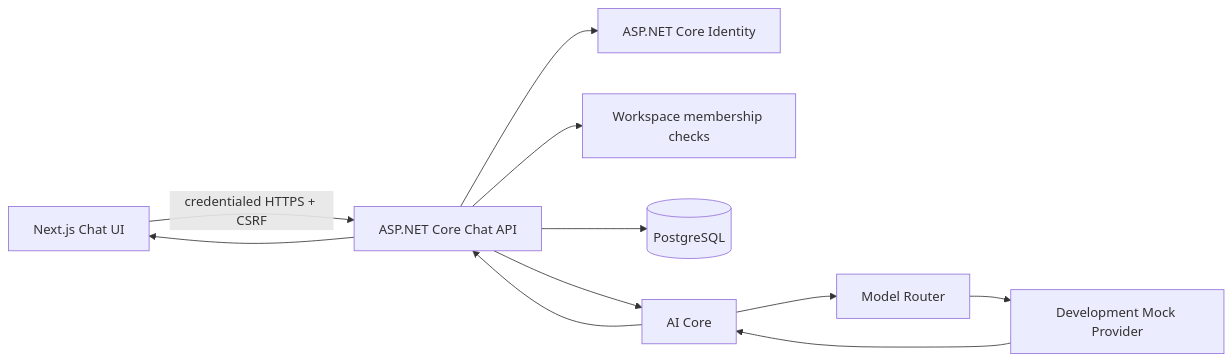
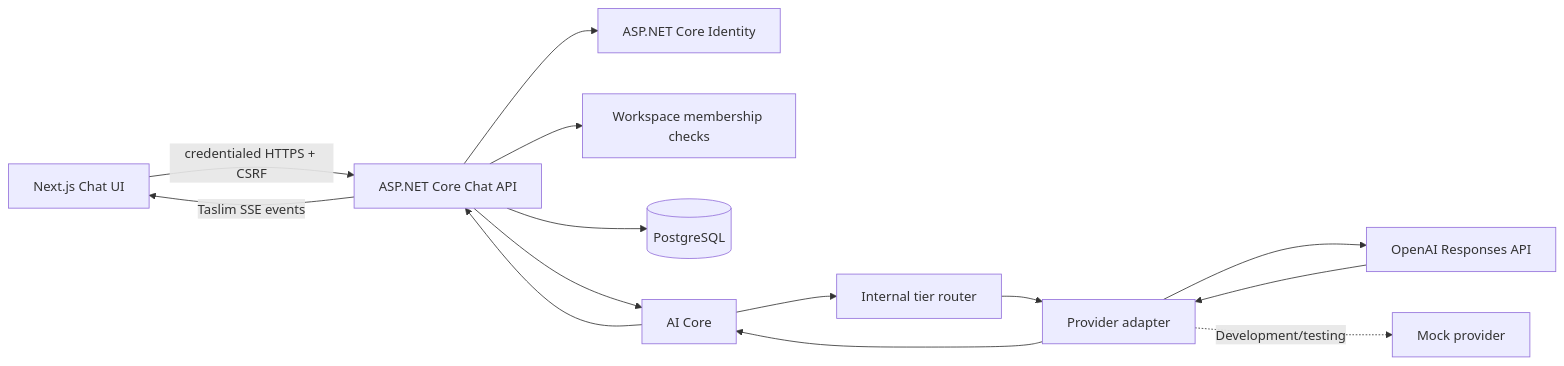
Before and after one commit to rebin2002/TaslimAI: the diagram in docs/CHAT_ARCHITECTURE.md, drawn with Mermaid. The commit also changed other lines of this file and 23 other files, not shown here.

````diff
--- a/docs/CHAT_ARCHITECTURE.md
+++ b/docs/CHAT_ARCHITECTURE.md
@@ -7,13 +7,16 @@
 ```mermaid
 flowchart LR
     Browser[Next.js Chat UI] -->|credentialed HTTPS + CSRF| API[ASP.NET Core Chat API]
     API --> Auth[ASP.NET Core Identity]
     API --> Access[Workspace membership checks]
     API --> DB[(PostgreSQL)]
     API --> Core[AI Core]
-    Core --> Router[Model Router]
-    Router --> Mock[Development Mock Provider]
-    Mock --> Core
+    Core --> Router[Internal tier router]
+    Router --> Adapter[Provider adapter]
+    Adapter --> OpenAI[OpenAI Responses API]
+    Adapter -. Development/testing .-> Mock[Mock provider]
+    OpenAI --> Adapter
+    Adapter --> Core
     Core --> API
-    API --> Browser
+    API -->|Taslim SSE events| Browser
 ```
````
